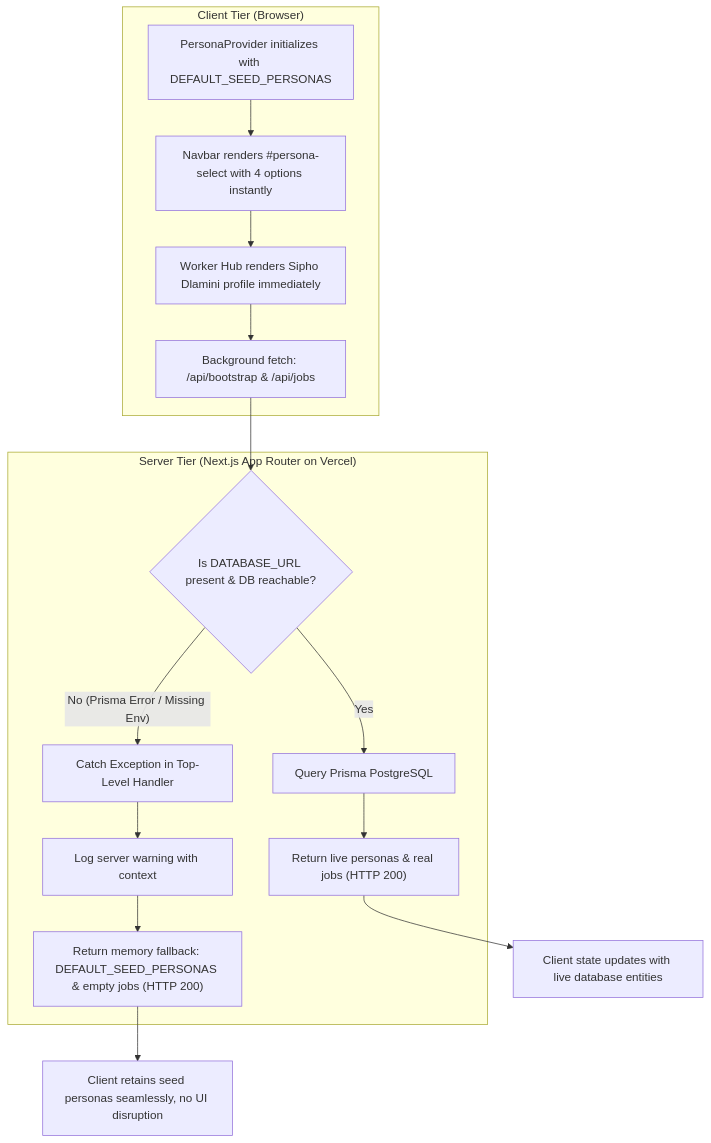
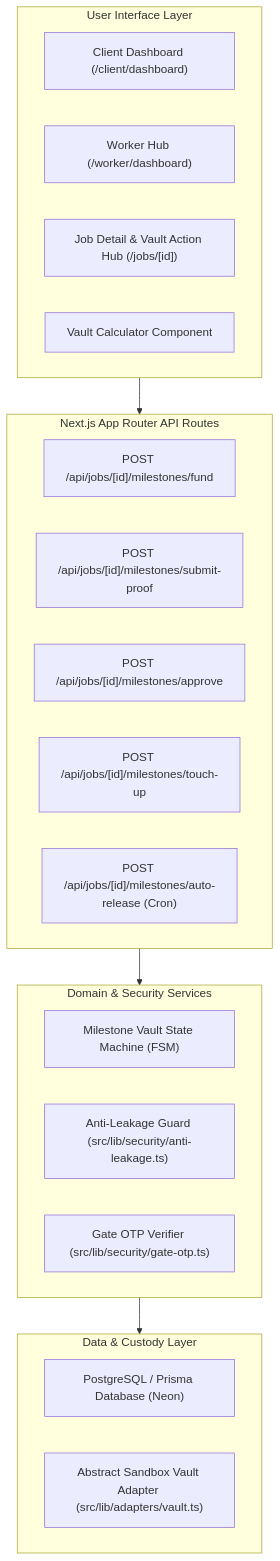
The first of 2 diagrams in design_draft.md (shayswrld/buildsafe-sa), drawn with Mermaid before and after one commit. The commit also changed other lines of this file and 16 other files, not shown here.

````diff
--- a/design_draft.md
+++ b/design_draft.md
@@ -69,20 +79,32 @@
 ```mermaid
 flowchart TD
-    subgraph Browser ["Client Tier (Browser)"]
-        A["PersonaProvider initializes with DEFAULT_SEED_PERSONAS"] --> B["Navbar renders #persona-select with 4 options instantly"]
-        B --> C["Worker Hub renders Sipho Dlamini profile immediately"]
-        C --> D["Background fetch: /api/bootstrap & /api/jobs"]
+    subgraph UI ["User Interface Layer"]
+        A["Client Dashboard (/client/dashboard)"]
+        B["Worker Hub (/worker/dashboard)"]
+        C["Job Detail & Vault Action Hub (/jobs/[id])"]
+        D["Vault Calculator Component"]
     end
 
-    subgraph Server ["Server Tier (Next.js App Router on Vercel)"]
-        D --> E{"Is DATABASE_URL present & DB reachable?"}
-        E -- "Yes" --> F["Query Prisma PostgreSQL"]
-        F --> G["Return live personas & real jobs (HTTP 200)"]
-        E -- "No (Prisma Error / Missing Env)" --> H["Catch Exception in Top-Level Handler"]
-        H --> I["Log server warning with context"]
-        I --> J["Return memory fallback: DEFAULT_SEED_PERSONAS & empty jobs (HTTP 200)"]
+    subgraph API ["Next.js App Router API Routes"]
+        E["POST /api/jobs/[id]/milestones/fund"]
+        F["POST /api/jobs/[id]/milestones/submit-proof"]
+        G["POST /api/jobs/[id]/milestones/approve"]
+        H["POST /api/jobs/[id]/milestones/touch-up"]
+        I["POST /api/jobs/[id]/milestones/auto-release (Cron)"]
     end
 
-    G --> K["Client state updates with live database entities"]
-    J --> L["Client retains seed personas seamlessly, no UI disruption"]
+    subgraph Service ["Domain & Security Services"]
+        J["Milestone Vault State Machine (FSM)"]
+        K["Anti-Leakage Guard (src/lib/security/anti-leakage.ts)"]
+        L["Gate OTP Verifier (src/lib/security/gate-otp.ts)"]
+    end
+
+    subgraph Storage ["Data & Custody Layer"]
+        M["PostgreSQL / Prisma Database (Neon)"]
+        N["Abstract Sandbox Vault Adapter (src/lib/adapters/vault.ts)"]
+    end
+
+    UI --> API
+    API --> Service
+    Service --> Storage
 ```
````
